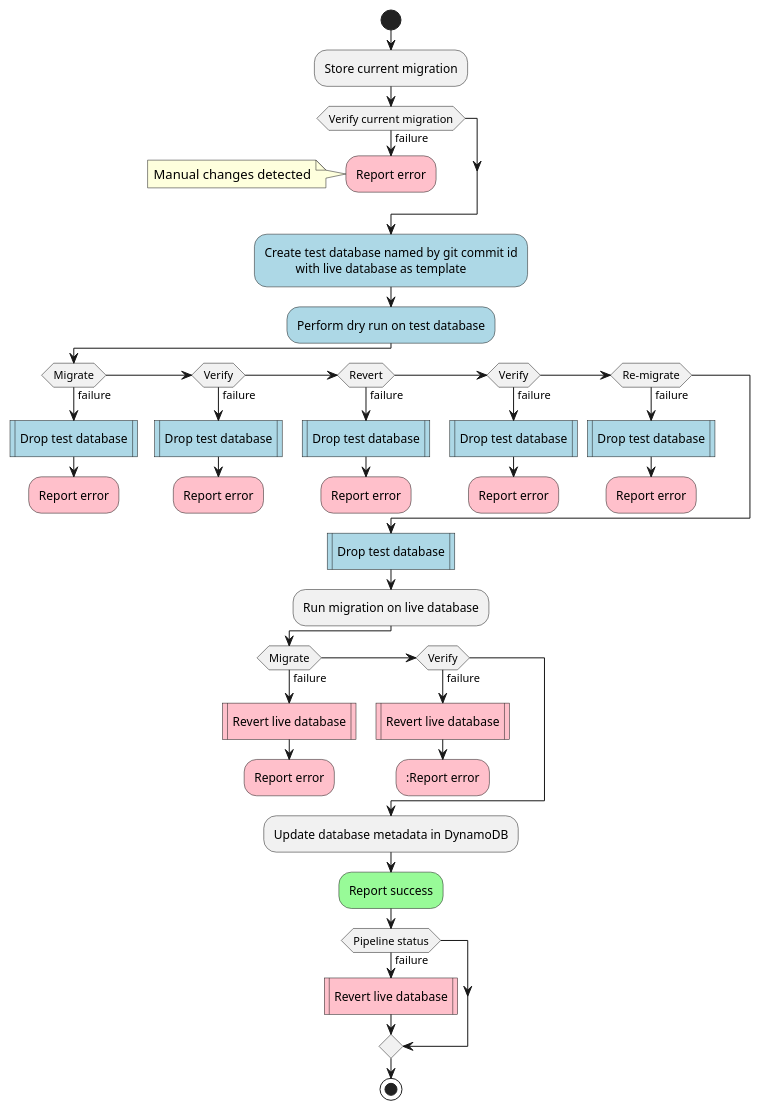
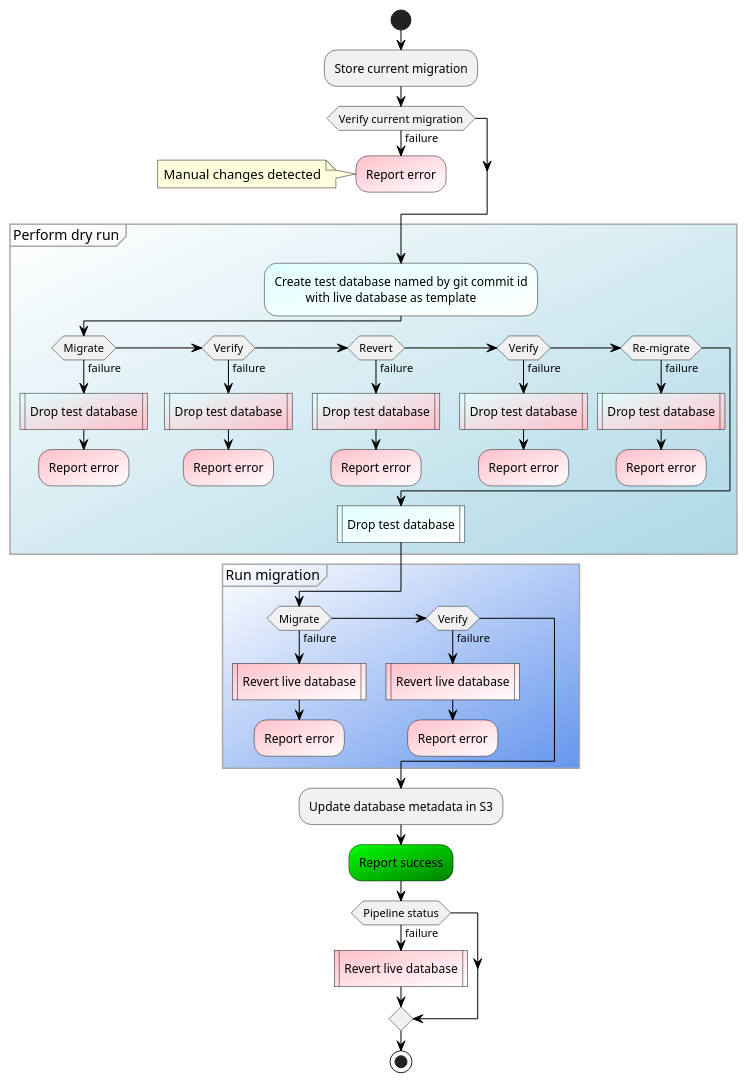
The diagram in docs/database_migrations.puml (ttfkam/gs2021), drawn with PlantUML before and after one commit.

Commit message:
Color activity diagram

```diff
--- a/docs/database_migrations.puml
+++ b/docs/database_migrations.puml
@@ -1,52 +1,62 @@
 @startuml Database migration
+
+skinparam {
+  ArrowColor black
+  PartitionBorderColor darkgray
+}
+
 start
 :Store current migration;
 if (Verify current migration) then (failure)
-  #pink:Report error;
+  #pink/white:Report error;
   note left: Manual changes detected
   kill
 endif
-#lightblue:Create test database named by git commit id
-          with live database as template;
-#lightblue:Perform dry run on test database;
-if (Migrate) then (failure)
-  #lightblue:Drop test database|
-  #pink:Report error;
-  kill
-elseif (Verify) then (failure)
-  #lightblue:Drop test database|
-  #pink:Report error;
-  kill
-elseif (Revert) then (failure)
-  #lightblue:Drop test database|
-  #pink:Report error;
-  kill
-elseif (Verify) then (failure)
-  #lightblue:Drop test database|
-  #pink:Report error;
-  kill
-elseif (Re-migrate) then (failure)
-  #lightblue:Drop test database|
-  #pink:Report error;
-  kill
-else
-endif
-#lightblue:Drop test database|
-:Run migration on live database;
-if (Migrate) then (failure)
-  #pink:Revert live database|
-  #pink:Report error;
-  kill
-elseif (Verify) then (failure)
-  #pink:Revert live database|
-  #pink::Report error;
-  kill
-else
-endif
-:Update database metadata in DynamoDB;
-#palegreen:Report success;
+
+partition #white/lightblue "Perform dry run" {
+  #lightcyan/white:Create test database named by git commit id
+            with live database as template;
+  if (Migrate) then (failure)
+    #lightcyan/pink:Drop test database|
+    #pink/white:Report error;
+    kill
+  elseif (Verify) then (failure)
+    #lightcyan/pink:Drop test database|
+    #pink/white:Report error;
+    kill
+  elseif (Revert) then (failure)
+    #lightcyan/pink:Drop test database|
+    #pink/white:Report error;
+    kill
+  elseif (Verify) then (failure)
+    #lightcyan/pink:Drop test database|
+    #pink/white:Report error;
+    kill
+  elseif (Re-migrate) then (failure)
+    #lightcyan/pink:Drop test database|
+    #pink/white:Report error;
+    kill
+  else
+  endif
+  #lightcyan/white:Drop test database|
+}
+
+partition #white/cornflowerblue "Run migration" {
+  if (Migrate) then (failure)
+    #pink/white:Revert live database|
+    #pink/white:Report error;
+    kill
+  elseif (Verify) then (failure)
+    #pink/white:Revert live database|
+    #pink/white:Report error;
+    kill
+  endif
+}
+
+:Update database metadata in S3;
+#lime/green:Report success;
 if (Pipeline status) then (failure)
-  #pink:Revert live database|
+  #pink/white:Revert live database|
 endif
 stop
 @enduml
```
